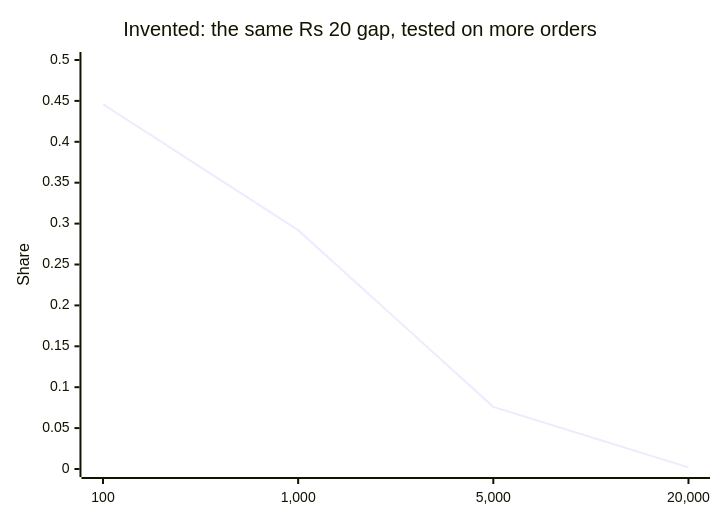
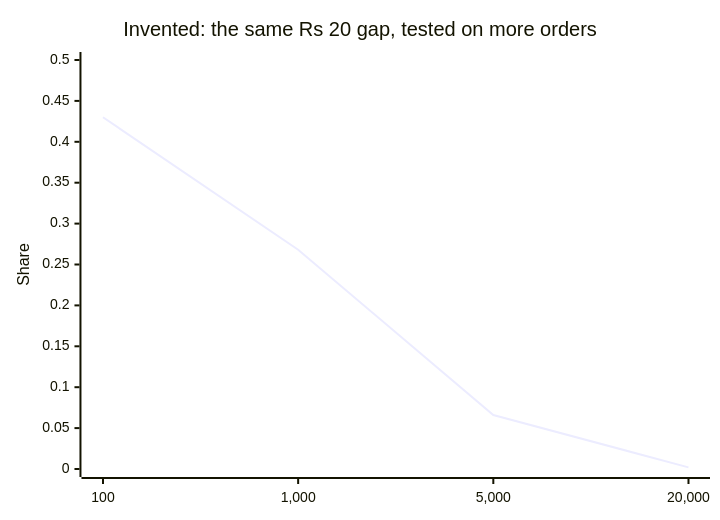
Before and after one commit to fde-academy-lab/c2-content-factory: diagram 14 of 32 in content/W01/D4/slides/C2_W01_D04_half1_STUDENT.md, drawn with Mermaid. The commit also changed other lines of this file and 4 other files, not shown here.

````diff
--- a/content/W01/D4/slides/C2_W01_D04_half1_STUDENT.md
+++ b/content/W01/D4/slides/C2_W01_D04_half1_STUDENT.md
@@ -583,7 +604,7 @@
 ```mermaid
 xychart-beta
     title "Invented: the same Rs 20 gap, tested on more orders"
     x-axis ["100", "1,000", "5,000", "20,000"]
     y-axis "Share" 0 --> 0.5
-    line [0.446, 0.292, 0.076, 0.002]
+    line [0.430, 0.268, 0.066, 0.002]
 ```
````
